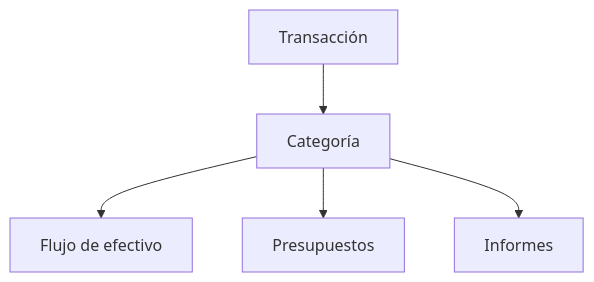
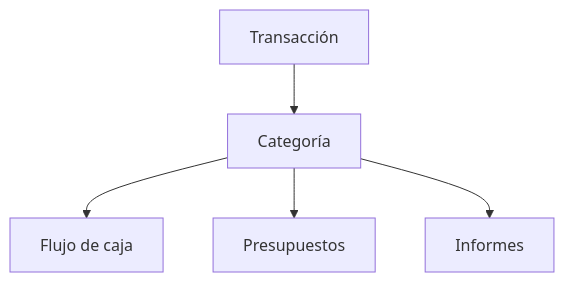
One commit to whisper-money/whisper-money changed the diagram in resources/docs/documentation/30-organization/10-categories-es.md. Above: the diagram before and after it, drawn with Mermaid. The commit also changed other lines of this file and 17 other files, not shown here.

````diff
--- a/resources/docs/documentation/30-organization/10-categories-es.md
+++ b/resources/docs/documentation/30-organization/10-categories-es.md
@@ -18,8 +18,8 @@
 ```mermaid
 flowchart TD
     %% diagram: category-fanout-es
     transaction[Transacción] --> category[Categoría]
-    category --> cashflow[Flujo de efectivo]
+    category --> cashflow[Flujo de caja]
     category --> budgets[Presupuestos]
     category --> reports[Informes]
 ```
````
